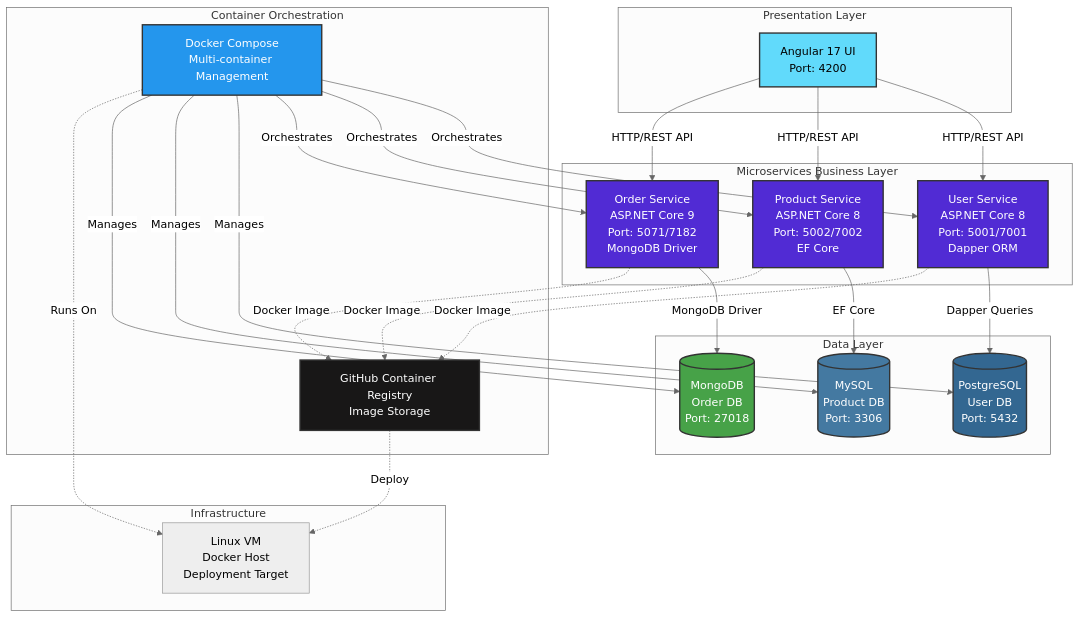
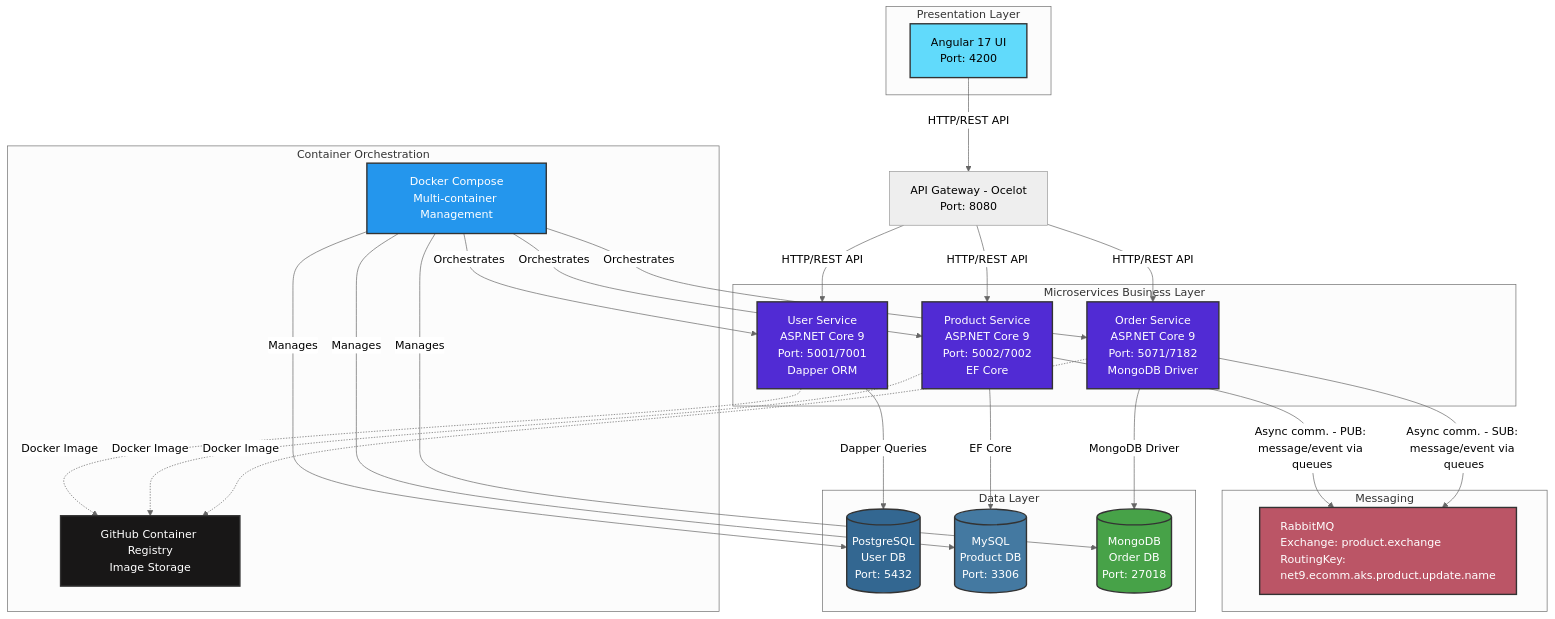
The first of 6 diagrams in docs/architecture.md (pandyamehul/.Net8-eCommerce-az-aks-devops), drawn with Mermaid (neutral theme) before and after one commit. The commit also changed other lines of this file, not shown here.

Commit message:
20260121#Architecture document update

````diff
--- a/docs/architecture.md
+++ b/docs/architecture.md
@@ -7,61 +7,73 @@
 ```mermaid
 graph TB
     subgraph Presentation Layer
         UI[Angular 17 UI<br/>Port: 4200]
     end
 
     subgraph Microservices Business Layer
-        US[User Service<br/>ASP.NET Core 8<br/>Port: 5001/7001<br/>Dapper ORM]
-        PS[Product Service<br/>ASP.NET Core 8<br/>Port: 5002/7002<br/>EF Core]
+        US[User Service<br/>ASP.NET Core 9<br/>Port: 5001/7001<br/>Dapper ORM]
+        PS[Product Service<br/>ASP.NET Core 9<br/>Port: 5002/7002<br/>EF Core]
         OS[Order Service<br/>ASP.NET Core 9<br/>Port: 5071/7182<br/>MongoDB Driver]
+    end
+
+    subgraph Messaging
+        RMQ[RabbitMQ<br/>Exchange: product.exchange<br/>RoutingKey: net9.ecomm.aks.product.update.name]
     end
 
     subgraph Data Layer
         PG[(PostgreSQL<br/>User DB<br/>Port: 5432)]
         MY[(MySQL<br/>Product DB<br/>Port: 3306)]
         MG[(MongoDB<br/>Order DB<br/>Port: 27018)]
     end
 
     subgraph Container Orchestration
         Docker[Docker Compose<br/>Multi-container Management]
         GHCR[GitHub Container Registry<br/>Image Storage]
     end
 
-    subgraph Infrastructure
-        LinuxVM[Linux VM <br> Docker Host <br> Deployment Target]
-    end
+    %% subgraph Infrastructure
+    %%     LinuxVM[Linux VM <br> Docker Host <br> Deployment Target]
+    %% end
 
-    UI --> |HTTP/REST API| US
-    UI --> |HTTP/REST API| PS
-    UI --> |HTTP/REST API| OS
+    UI --> |HTTP/REST API| AG
+    AG[API Gateway - Ocelot<br/>Port: 8080]
+
+    AG --> |HTTP/REST API| US
+    AG --> |HTTP/REST API| PS
+    AG --> |HTTP/REST API| OS
+
+    PS --> | Async comm. - PUB: message/event via queues | RMQ   
+    OS --> | Async comm. - SUB: message/event via queues | RMQ
+    
 
     US --> |Dapper Queries| PG
     PS --> |EF Core| MY
-    OS --> |MongoDB Driver| MG
+    OS --> |MongoDB Driver| MG    
 
     US -.-> |Docker Image| GHCR
     PS -.-> |Docker Image| GHCR
     OS -.-> |Docker Image| GHCR
 
     Docker --> |Orchestrates| US
     Docker --> |Orchestrates| PS
     Docker --> |Orchestrates| OS
     Docker --> |Manages| PG
     Docker --> |Manages| MY
     Docker --> |Manages| MG
 
-    GHCR -.->|Deploy| LinuxVM
-    Docker -.->|Runs On| LinuxVM
+    %% GHCR -.->|Deploy| LinuxVM
+    %% Docker -.->|Runs On| LinuxVM
 
     style UI fill:#61DAFB,stroke:#333,stroke-width:2px,color:#000
     style US fill:#512BD4,stroke:#333,stroke-width:2px,color:#fff
     style PS fill:#512BD4,stroke:#333,stroke-width:2px,color:#fff
     style OS fill:#512BD4,stroke:#333,stroke-width:2px,color:#fff
     style PG fill:#336791,stroke:#333,stroke-width:2px,color:#fff
     style MY fill:#4479A1,stroke:#333,stroke-width:2px,color:#fff
     style MG fill:#47A248,stroke:#333,stroke-width:2px,color:#fff
     style Docker fill:#2496ED,stroke:#333,stroke-width:2px,color:#fff
     style GHCR fill:#181717,stroke:#333,stroke-width:2px,color:#fff
     style Docker fill:#2496ED,stroke:#333,stroke-width:2px,color:#fff
     style GHCR fill:#181717,stroke:#333,stroke-width:2px,color:#fff
+    style RMQ fill:#BB5566,stroke:#333,stroke-width:2px,color:#fff,text-align:left
 ```
````
